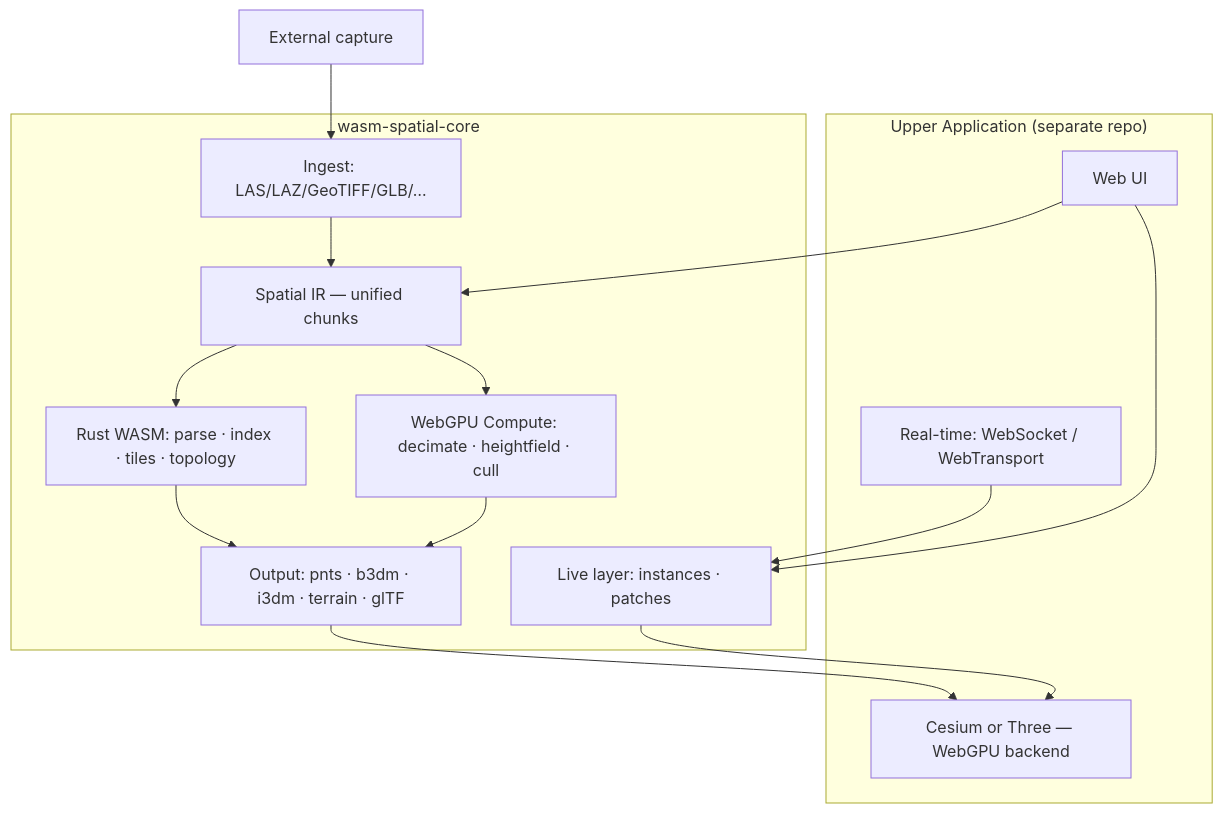
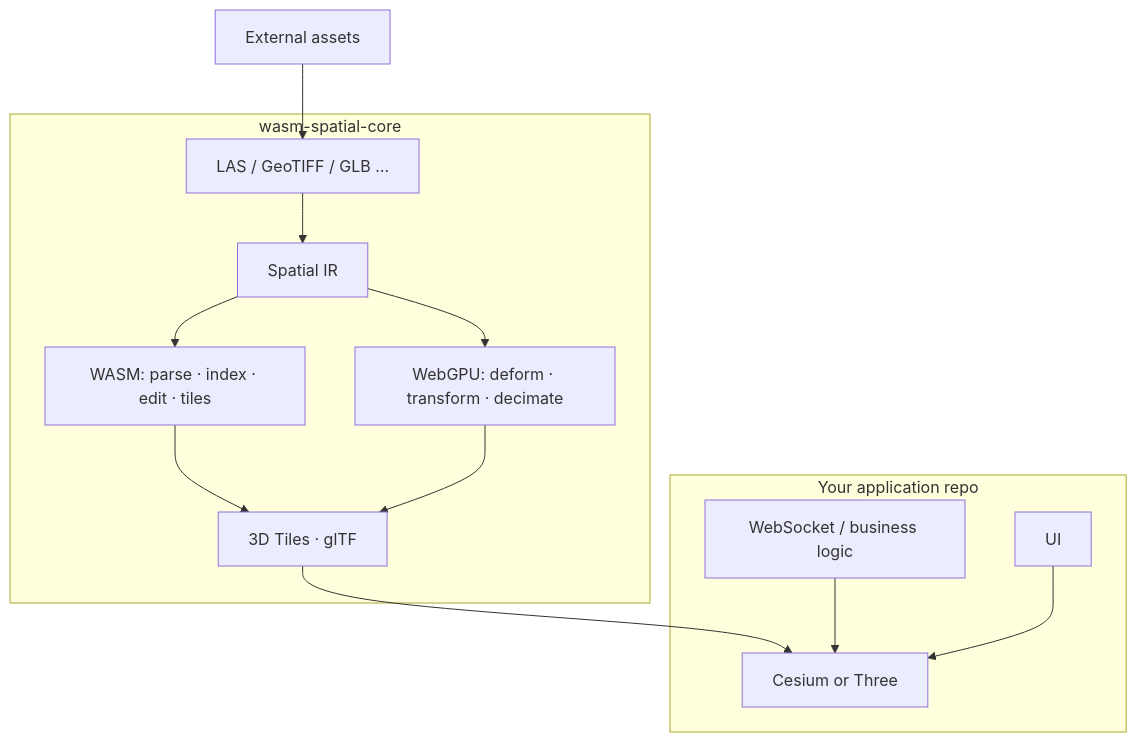
Before and after one commit to reed-soul/wasm-spatial-core: the diagram in VISION.md, drawn with Mermaid. The commit also changed other lines of this file and 11 other files, not shown here.

First line of the commit message:
docs: core-only roadmap — drop twin/instance layer from engine

````diff
--- a/VISION.md
+++ b/VISION.md
@@ -64,29 +44,26 @@
 ```mermaid
 graph TB
-    subgraph App["Upper Application (separate repo)"]
-        UI[Web UI]
-        RT[Real-time: WebSocket / WebTransport]
-        View[Cesium or Three — WebGPU backend]
+    subgraph App["Your application repo"]
+        UI[UI]
+        IO[WebSocket / business logic]
+        View[Cesium or Three]
     end
 
     subgraph Engine["wasm-spatial-core"]
-        IR[Spatial IR — unified chunks]
-        Ingest[Ingest: LAS/LAZ/GeoTIFF/GLB/…]
-        CPU[Rust WASM: parse · index · tiles · topology]
-        GPU[WebGPU Compute: decimate · heightfield · cull]
-        Out[Output: pnts · b3dm · i3dm · terrain · glTF]
-        Live[Live layer: instances · patches]
+        IR[Spatial IR]
+        Ingest[LAS / GeoTIFF / GLB …]
+        CPU[WASM: parse · index · edit · tiles]
+        GPU[WebGPU: deform · transform · decimate]
+        Out[3D Tiles · glTF]
     end
 
-    Capture[External capture] --> Ingest
+    Capture[External assets] --> Ingest
     Ingest --> IR
     IR --> CPU
     IR --> GPU
     CPU --> Out
     GPU --> Out
     Out --> View
-    Live --> View
-    RT --> Live
-    UI --> Live
-    UI --> IR
+    IO --> View
+    UI --> View
 ```
````
